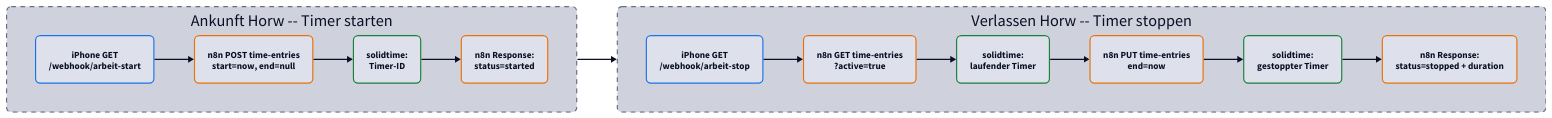
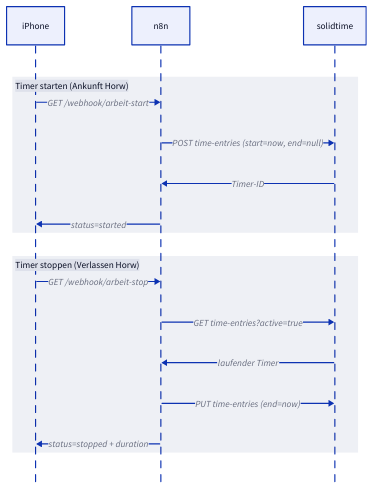
The second of 2 diagrams in docs/zeiterfassung/index.md (derever-labs/homelab-wiki), drawn with D2 before and after one commit. The commit also changed other lines of this file and 7 other files, not shown here.

First line of the commit message:
docs(smart-home): Diagramme fuer TALA ueberarbeiten (Batch B6) (#98)

````diff
--- a/docs/zeiterfassung/index.md
+++ b/docs/zeiterfassung/index.md
@@ -95,41 +113,22 @@
 ```d2
-vars: {
-  d2-config: {
-    theme-id: 1
-    layout-engine: elk
-  }
+shape: sequence_diagram
+
+iphone: iPhone
+n8n: n8n
+st: solidtime
+
+Timer starten (Ankunft Horw): {
+  iphone -> n8n: "GET /webhook/arbeit-start"
+  n8n -> st: "POST time-entries (start=now, end=null)"
+  st -> n8n: Timer-ID
+  n8n -> iphone: status=started
 }
 
-direction: right
-
-classes: {
-  iphone: { style: { border-radius: 8; stroke: "#1a73e8" } }
-  n8n: { style: { border-radius: 8; stroke: "#e8710a" } }
-  solid: { style: { border-radius: 8; stroke: "#188038" } }
-  phase: { style: { border-radius: 8; stroke-dash: 4 } }
+Timer stoppen (Verlassen Horw): {
+  iphone -> n8n: "GET /webhook/arbeit-stop"
+  n8n -> st: "GET time-entries?active=true"
+  st -> n8n: laufender Timer
+  n8n -> st: "PUT time-entries (end=now)"
+  n8n -> iphone: status=stopped + duration
 }
-
-start: Ankunft Horw -- Timer starten {
-  class: phase
-  direction: down
-  hook: "iPhone GET\n/webhook/arbeit-start" { class: iphone }
-  post: "n8n POST time-entries\nstart=now, end=null" { class: n8n }
-  ack: "solidtime:\nTimer-ID" { class: solid }
-  resp: "n8n Response:\nstatus=started" { class: n8n }
-  hook -> post -> ack -> resp
-}
-
-stop: Verlassen Horw -- Timer stoppen {
-  class: phase
-  direction: down
-  hook: "iPhone GET\n/webhook/arbeit-stop" { class: iphone }
-  find: "n8n GET time-entries\n?active=true" { class: n8n }
-  cur: "solidtime:\nlaufender Timer" { class: solid }
-  close: "n8n PUT time-entries\nend=now" { class: n8n }
-  ack: "solidtime:\ngestoppter Timer" { class: solid }
-  resp: "n8n Response:\nstatus=stopped + duration" { class: n8n }
-  hook -> find -> cur -> close -> ack -> resp
-}
-
-start -> stop
 ```
````
